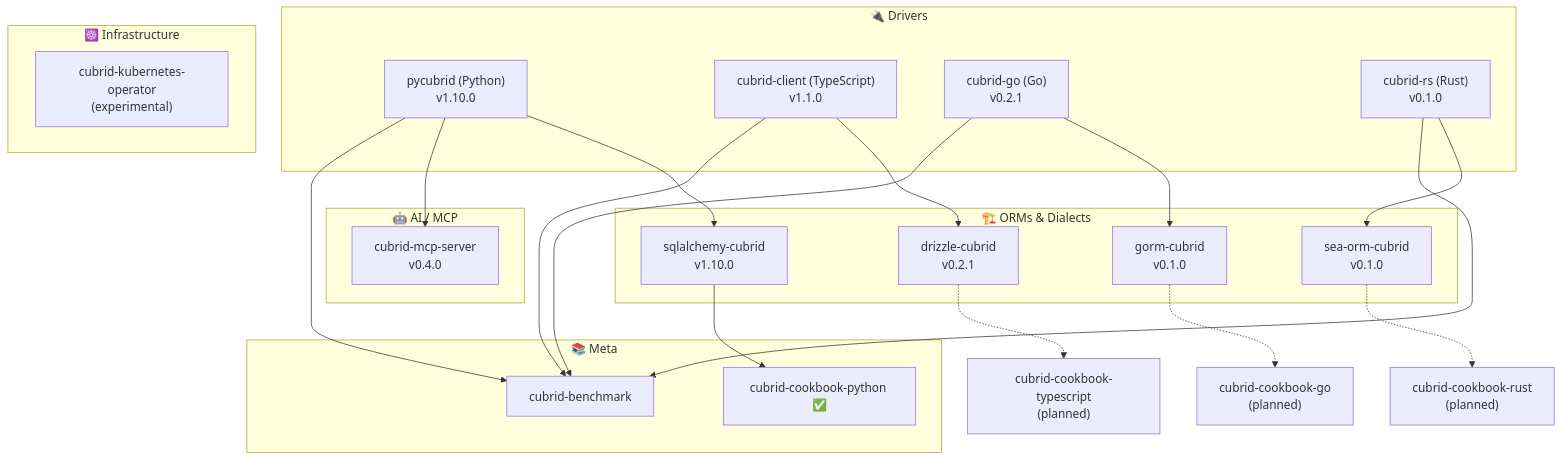
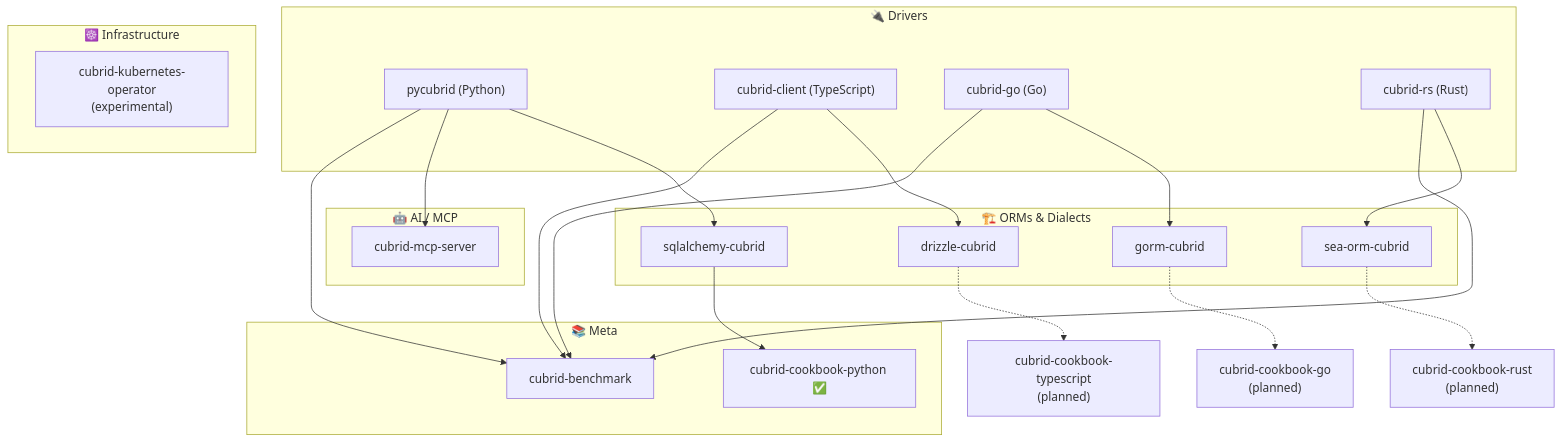
One commit to cubrid-lab/.github changed the first of 2 diagrams in ROADMAP.md. Above: the diagram before and after it, drawn with Mermaid. The commit also changed other lines of this file and 5 other files, not shown here.

````diff
--- a/ROADMAP.md
+++ b/ROADMAP.md
@@ -15,45 +15,45 @@
 ```mermaid
 graph TD
     subgraph Drivers["🔌 Drivers"]
-        pycubrid["pycubrid (Python)\nv1.10.0"]
-        cubrid_client["cubrid-client (TypeScript)\nv1.1.0"]
-        cubrid_go["cubrid-go (Go)\nv0.2.1"]
-        cubrid_rs["cubrid-rs (Rust)\nv0.1.0"]
+        pycubrid["pycubrid (Python)"]
+        cubrid_client["cubrid-client (TypeScript)"]
+        cubrid_go["cubrid-go (Go)"]
+        cubrid_rs["cubrid-rs (Rust)"]
     end
 
     subgraph AI["🤖 AI / MCP"]
-        mcp["cubrid-mcp-server\nv0.4.0"]
+        mcp["cubrid-mcp-server"]
     end
 
     subgraph ORMs["🏗️ ORMs & Dialects"]
-        sqlalchemy["sqlalchemy-cubrid\nv1.10.0"]
-        drizzle["drizzle-cubrid\nv0.2.1"]
-        gorm["gorm-cubrid\nv0.1.0"]
-        sea_orm["sea-orm-cubrid\nv0.1.0"]
+        sqlalchemy["sqlalchemy-cubrid"]
+        drizzle["drizzle-cubrid"]
+        gorm["gorm-cubrid"]
+        sea_orm["sea-orm-cubrid"]
     end
 
     subgraph Meta["📚 Meta"]
         cookbook_py["cubrid-cookbook-python ✅"]
         benchmark["cubrid-benchmark"]
     end
 
     subgraph Infra["☸️ Infrastructure"]
         operator["cubrid-kubernetes-operator\n(experimental)"]
     end
 
     pycubrid --> sqlalchemy
     cubrid_client --> drizzle
     cubrid_go --> gorm
     cubrid_rs --> sea_orm
 
     sqlalchemy --> cookbook_py
     pycubrid --> mcp
     drizzle -.-> cookbook_ts["cubrid-cookbook-typescript\n(planned)"]
     gorm -.-> cookbook_go["cubrid-cookbook-go\n(planned)"]
     sea_orm -.-> cookbook_rs["cubrid-cookbook-rust\n(planned)"]
 
     pycubrid --> benchmark
     cubrid_client --> benchmark
     cubrid_go --> benchmark
     cubrid_rs --> benchmark
 ```
````
